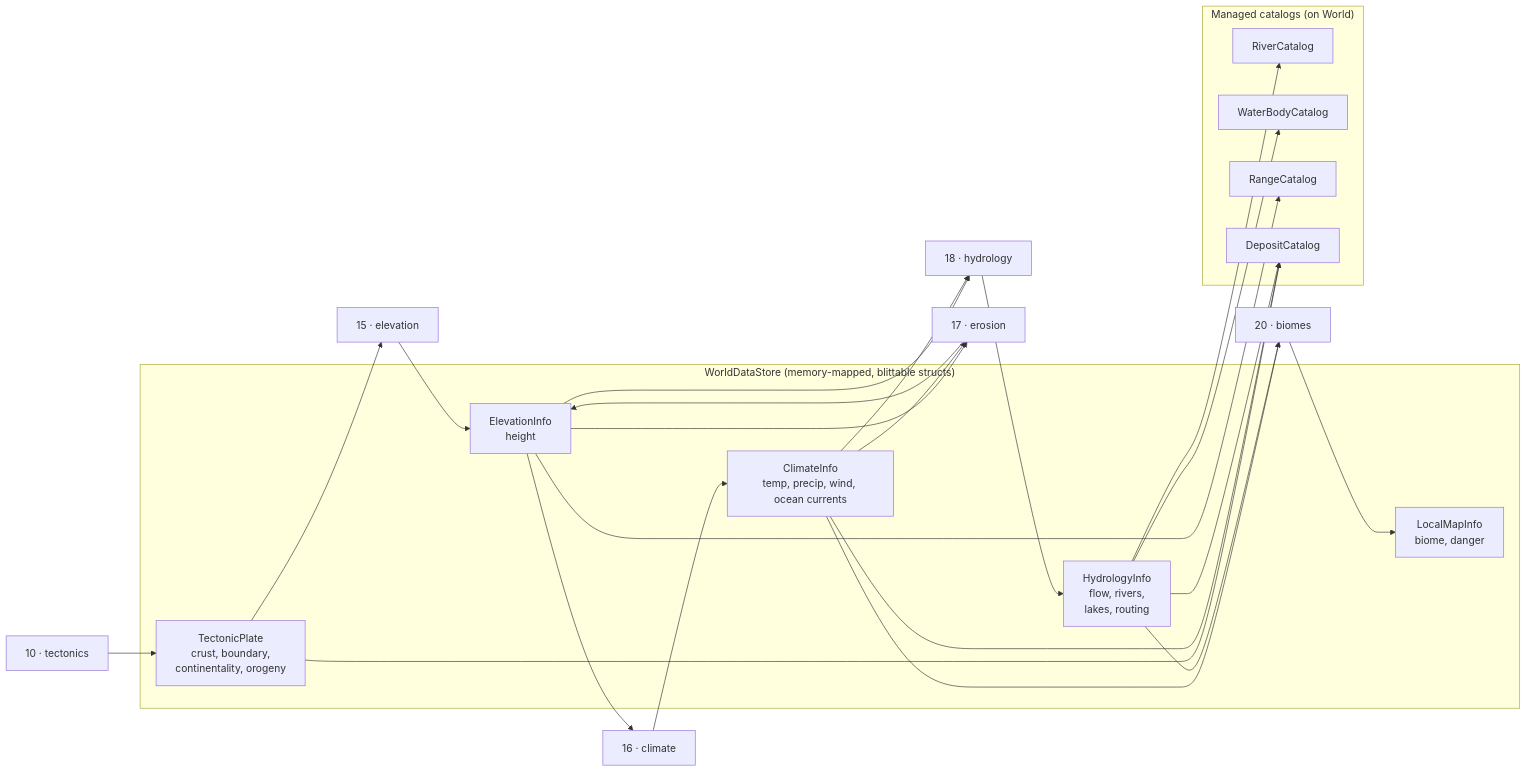
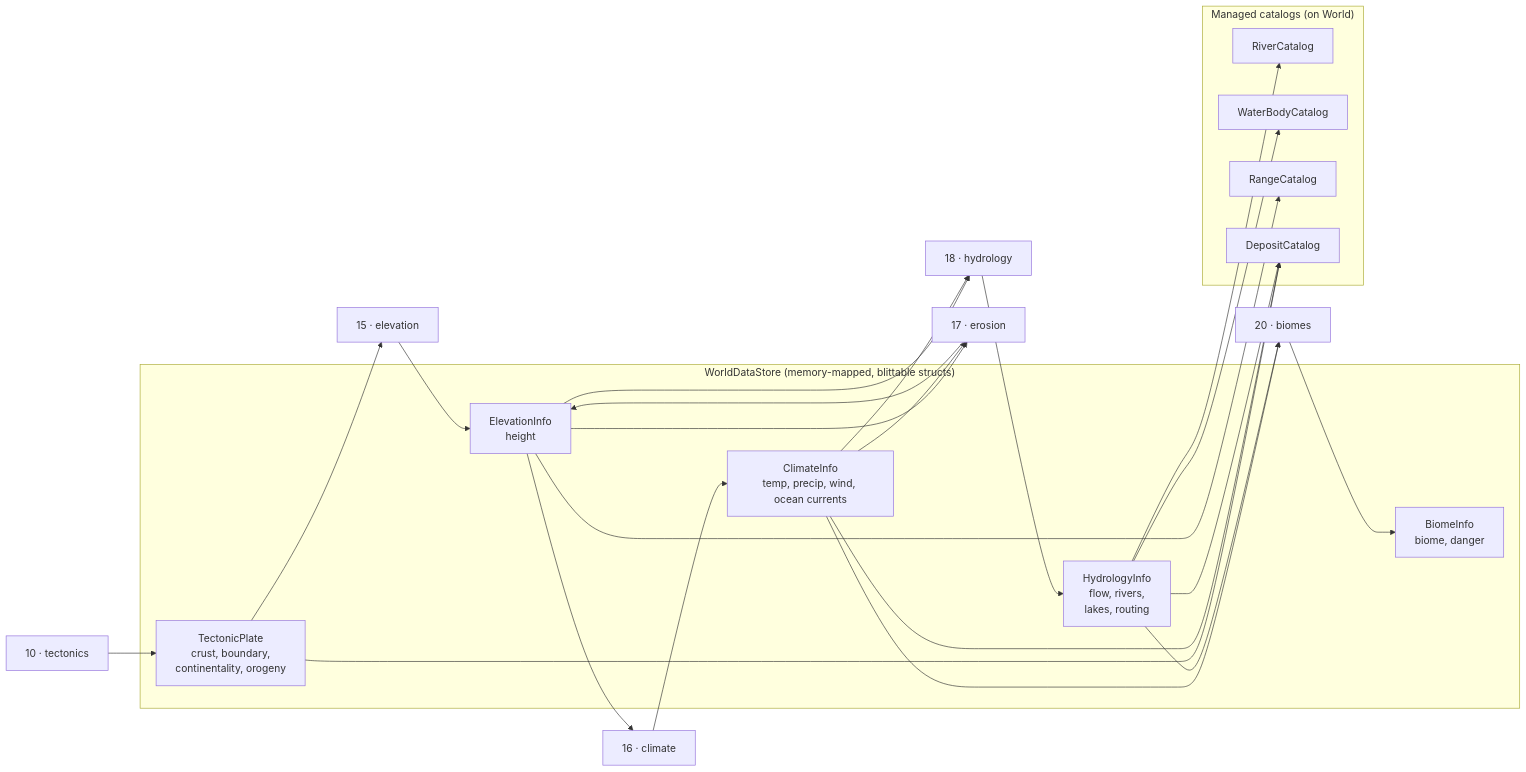
Before and after one commit to myarichuk/RoguelikeToolkit.World: the second of 5 diagrams in docs/ARCHITECTURE.md, drawn with Mermaid. The commit also changed other lines of this file and 40 other files, not shown here.

First line of the commit message:
refactor(core)!: rename LocalMap{Info,Layer,GenerationStage} to Biome*

````diff
--- a/docs/ARCHITECTURE.md
+++ b/docs/ARCHITECTURE.md
@@ -61,35 +61,35 @@
 ```mermaid
 flowchart LR
     subgraph store["WorldDataStore (memory-mapped, blittable structs)"]
         T["TectonicPlate<br/>crust, boundary,<br/>continentality, orogeny"]
         E["ElevationInfo<br/>height"]
         C["ClimateInfo<br/>temp, precip, wind, ocean currents"]
         H["HydrologyInfo<br/>flow, rivers,<br/>lakes, routing"]
-        B["LocalMapInfo<br/>biome, danger"]
+        B["BiomeInfo<br/>biome, danger"]
     end
     subgraph cats["Managed catalogs (on World)"]
         RC["RiverCatalog"]
         WB["WaterBodyCatalog"]
         RG["RangeCatalog"]
         DP["DepositCatalog"]
     end
 
     S10["10 · tectonics"] --> T
     T --> S15["15 · elevation"]
     S15 --> E
     E --> S16["16 · climate"]
     S16 --> C
     E --> S17["17 · erosion"]
     C --> S17
     S17 --> E
     E --> S18["18 · hydrology"]
     C --> S18
     S18 --> H
     H --> RC
     H --> WB
     E --> RG
     C --> S20["20 · biomes"]
     H --> S20
     S20 --> B
     T & C & H --> DP
 ```
````
